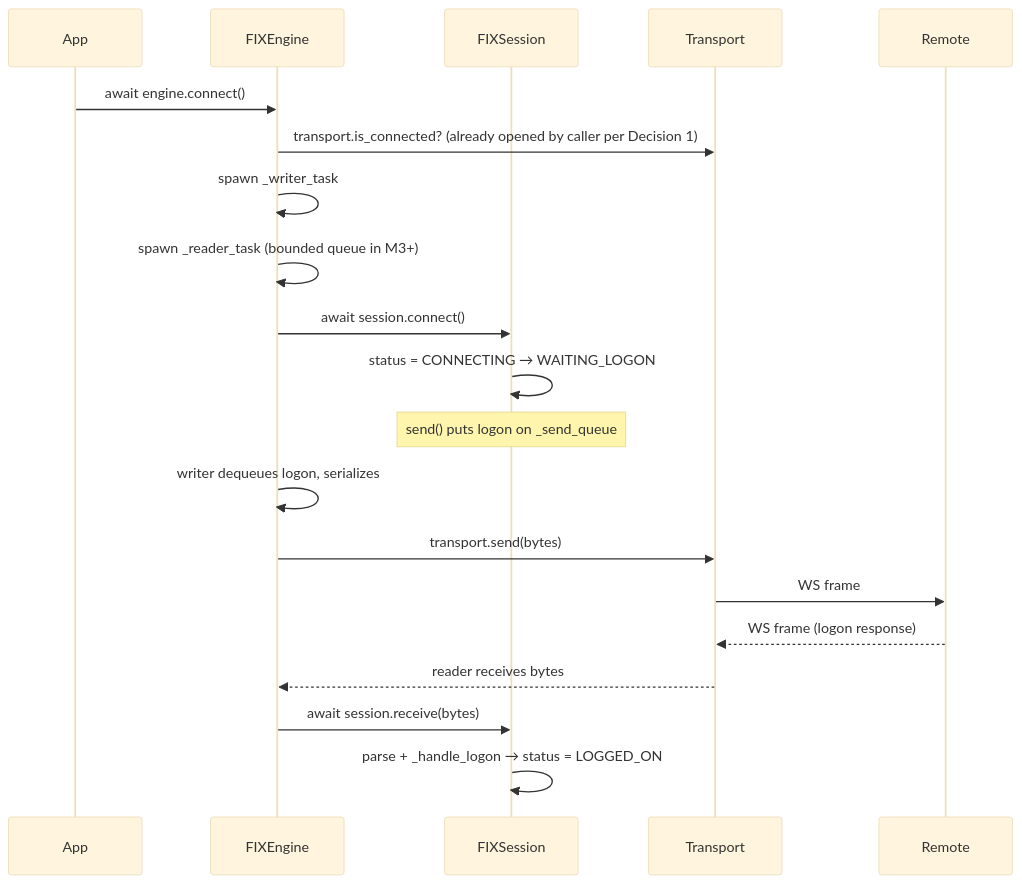
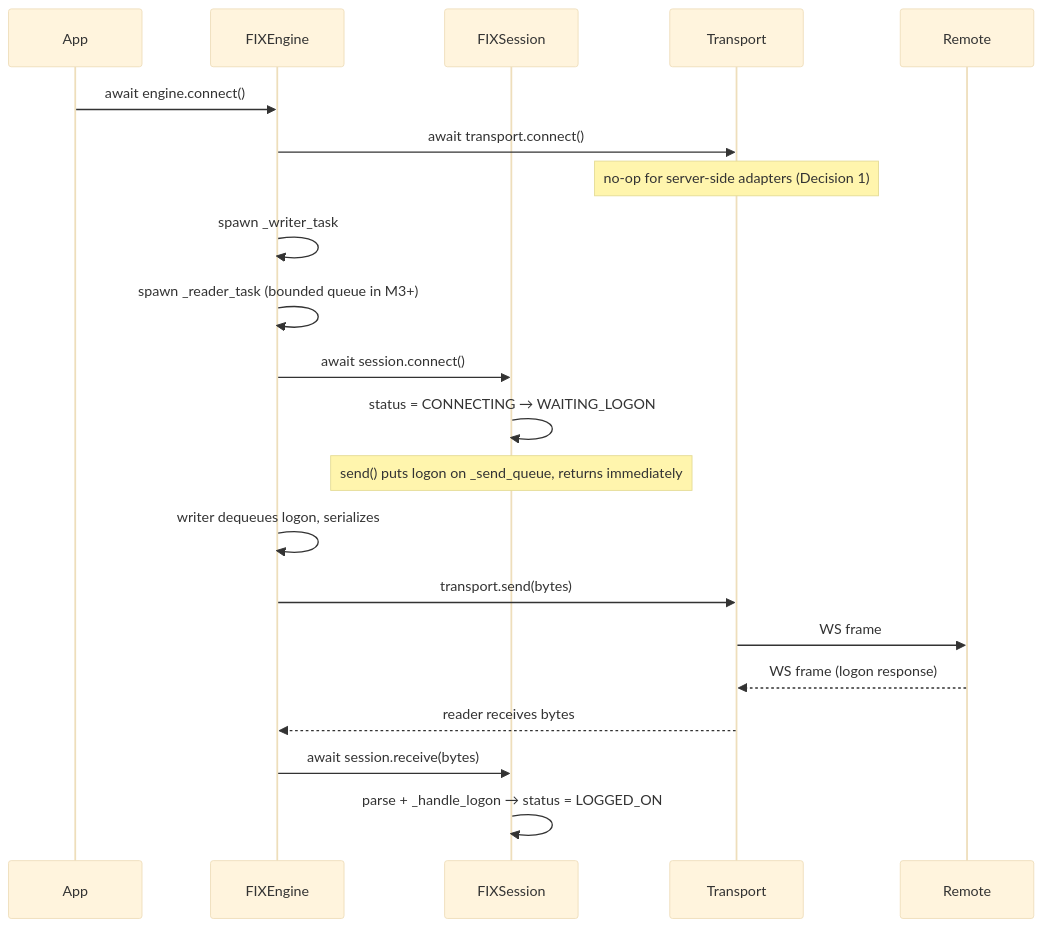
Before and after one commit to MatiasAgelvis/Fixwire: the second of 6 diagrams in docs/design/session-transport.md, drawn with Mermaid (base theme). The commit also changed other lines of this file, not shown here.

First line of the commit message:
docs(session-transport): revise ADRs after M1 implementation

````diff
--- a/docs/design/session-transport.md
+++ b/docs/design/session-transport.md
@@ -232,23 +278,24 @@
 ```mermaid
 sequenceDiagram
     participant App
     participant Eng as FIXEngine
     participant S as FIXSession
     participant T as Transport
     participant R as Remote
 
     App->>Eng: await engine.connect()
-    Eng->>T: transport.is_connected?  (already opened by caller per Decision 1)
+    Eng->>T: await transport.connect()
+    Note over T: no-op for server-side adapters (Decision 1)
     Eng->>Eng: spawn _writer_task
     Eng->>Eng: spawn _reader_task (bounded queue in M3+)
     Eng->>S: await session.connect()
     S->>S: status = CONNECTING → WAITING_LOGON
-    Note over S: send() puts logon on _send_queue
+    Note over S: send() puts logon on _send_queue, returns immediately
     Eng->>Eng: writer dequeues logon, serializes
     Eng->>T: transport.send(bytes)
     T->>R: WS frame
     R-->>T: WS frame (logon response)
     T-->>Eng: reader receives bytes
     Eng->>S: await session.receive(bytes)
     S->>S: parse + _handle_logon → status = LOGGED_ON
 ```
````
